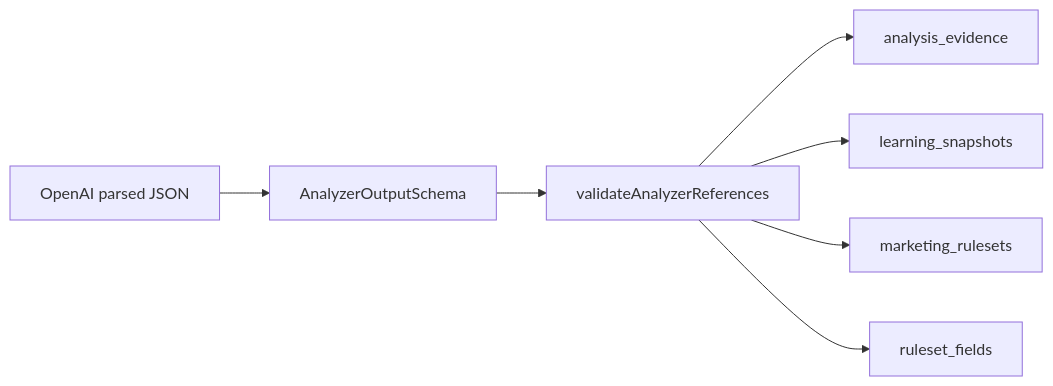
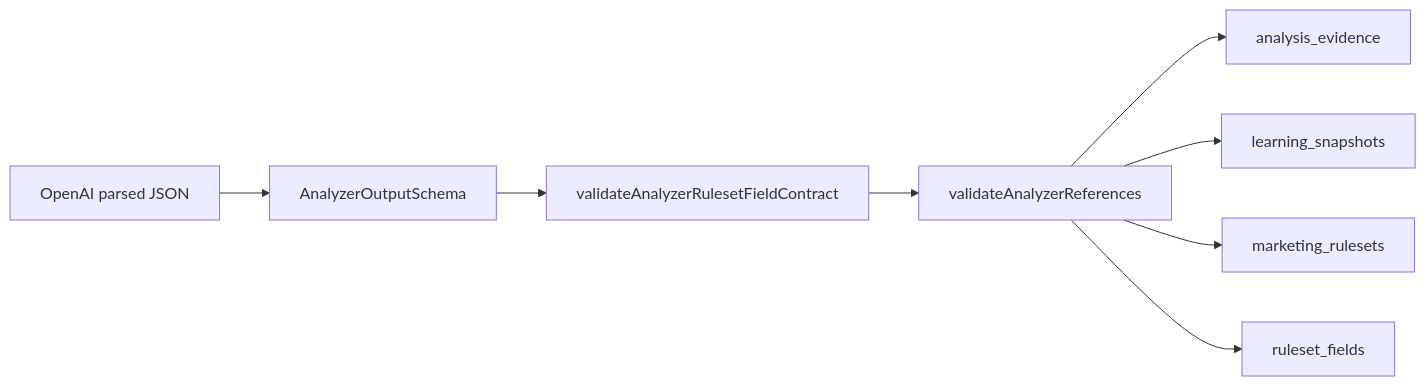
One commit to funkyliferyu/bizp-poc changed the second of 8 diagrams in docs/codex/LLM_CALL_STRUCTURES.md. Above: the diagram before and after it, drawn with Mermaid. The commit also changed other lines of this file and 7 other files, not shown here.

Commit message:
feat: harden sl-a1 ruleset field contract

````diff
--- a/docs/codex/LLM_CALL_STRUCTURES.md
+++ b/docs/codex/LLM_CALL_STRUCTURES.md
@@ -127,9 +145,10 @@
 ```mermaid
 flowchart LR
   Parsed[OpenAI parsed JSON] --> AnalyzerSchema[AnalyzerOutputSchema]
-  AnalyzerSchema --> ReferenceValidation[validateAnalyzerReferences]
+  AnalyzerSchema --> FieldContract[validateAnalyzerRulesetFieldContract]
+  FieldContract --> ReferenceValidation[validateAnalyzerReferences]
   ReferenceValidation --> Evidence[analysis_evidence]
   ReferenceValidation --> Snapshot[learning_snapshots]
   ReferenceValidation --> Ruleset[marketing_rulesets]
   ReferenceValidation --> Fields[ruleset_fields]
 ```
````
